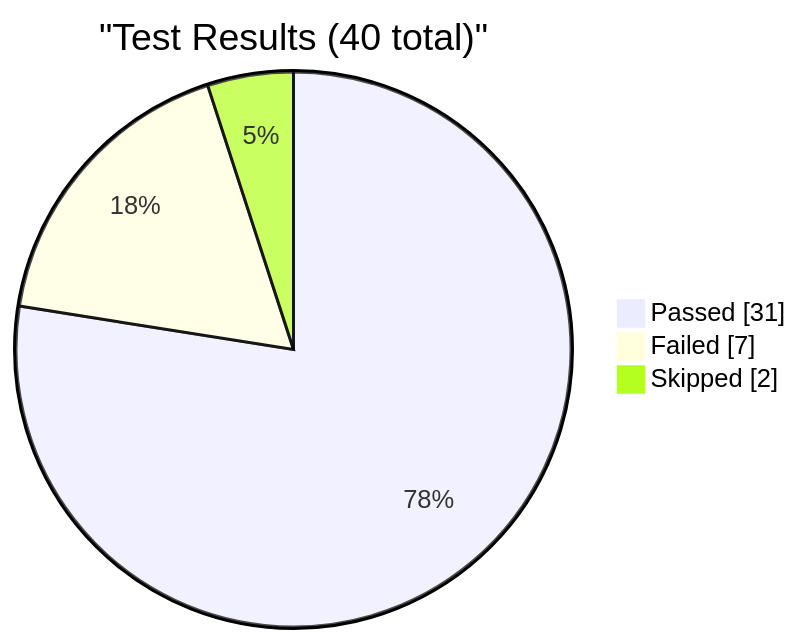
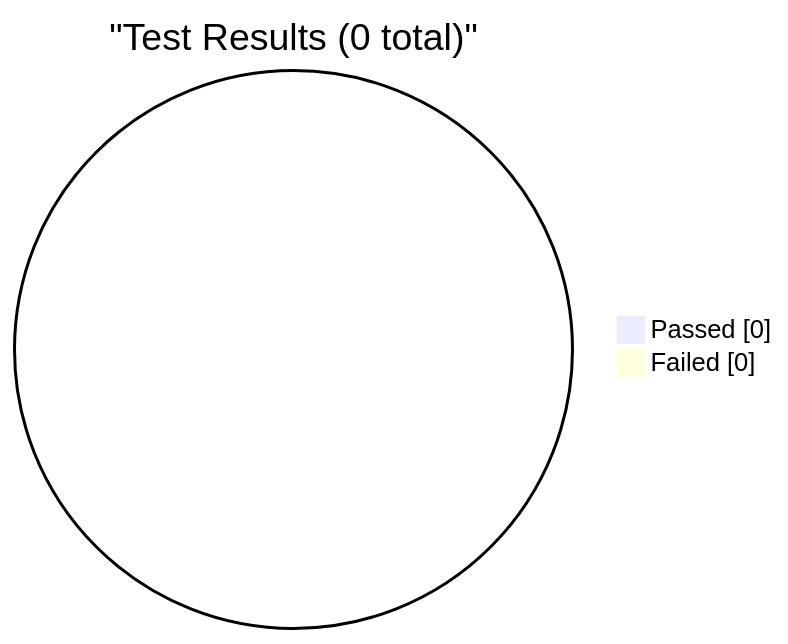
One commit to EliteaAI/onetest-ai-tm-Elitea changed the first of 6 diagrams in reports/dashboard.md. Above: the diagram before and after it, drawn with Mermaid. The commit also changed other lines of this file and 1 other file, not shown here.

Commit message:
dashboard: update test metrics for RUN-ELITEA-2026-10-22-311-DEV-CHAT-PASSED

````diff
--- a/reports/dashboard.md
+++ b/reports/dashboard.md
@@ -9,7 +9,6 @@
 ```mermaid
 pie showData
-    title "Test Results (40 total)"
-    "Passed" : 31
-    "Failed" : 7
-    "Skipped" : 2
+    title "Test Results (0 total)"
+    "Passed" : 0
+    "Failed" : 0
 ```
````
